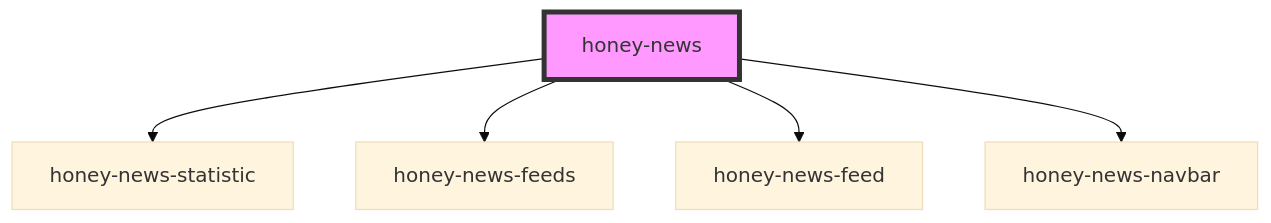
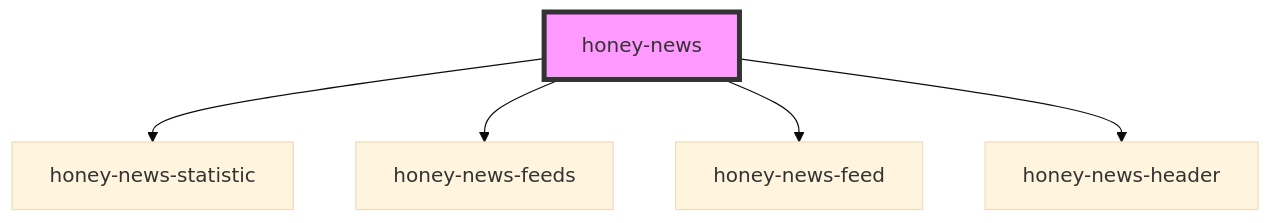
Before and after one commit to Huluvu424242/huluvu424242.github.io: the diagram in src/components/honey-news/readme.md, drawn with Mermaid (base theme). The commit also changed other lines of this file and 13 other files, not shown here.

Commit message:
[feature/#11-split] refactoring Navbar to Header

````diff
--- a/src/components/honey-news/readme.md
+++ b/src/components/honey-news/readme.md
@@ -23,8 +23,8 @@
 ```mermaid
 graph TD;
   honey-news --> honey-news-statistic
   honey-news --> honey-news-feeds
   honey-news --> honey-news-feed
-  honey-news --> honey-news-navbar
+  honey-news --> honey-news-header
   style honey-news fill:#f9f,stroke:#333,stroke-width:4px
 ```
````
